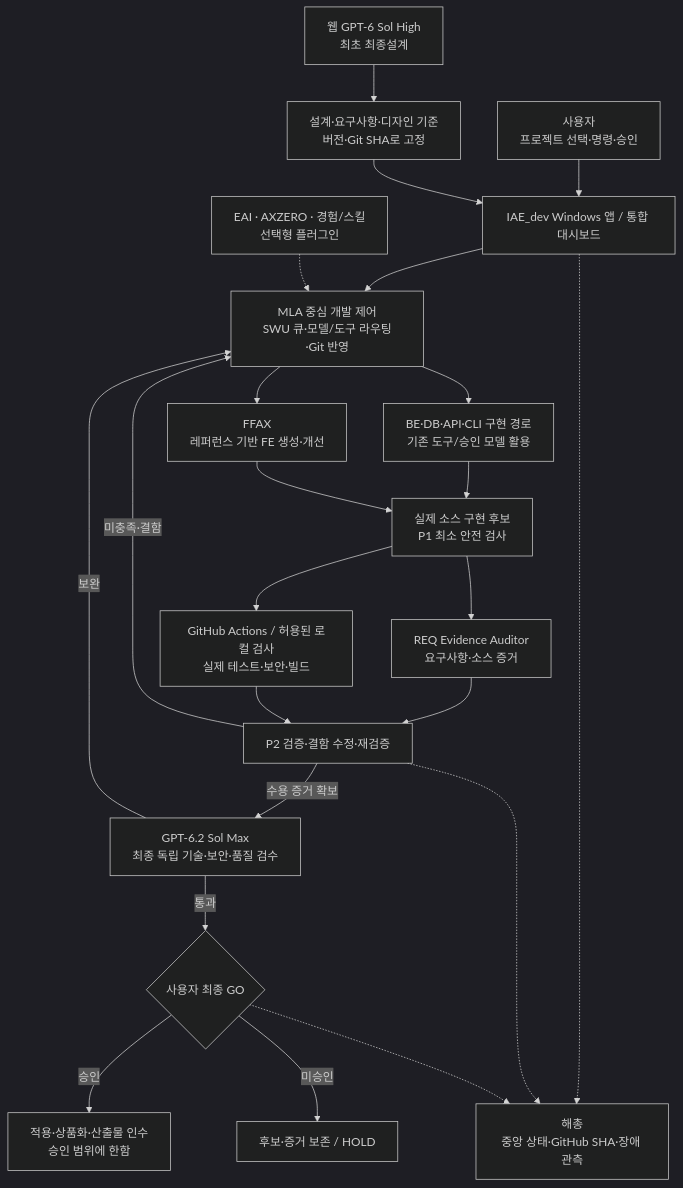
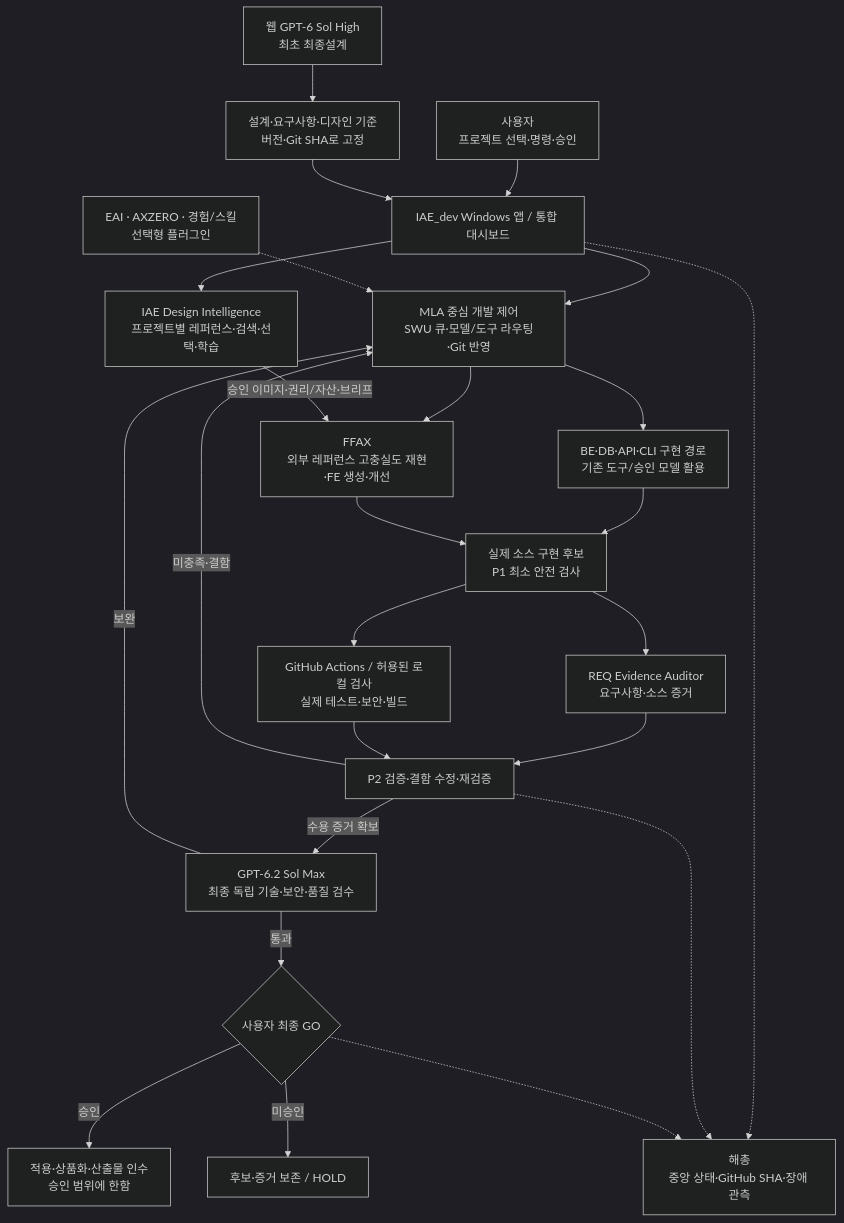
Before and after one commit to hibi89/hackathon-command-center-2026: the second of 6 diagrams in docs/strategy/IAE_DEV_FIRST_WORK_ECOSYSTEM_TARGET_20261119.md, drawn with Mermaid (dark theme). The commit also changed other lines of this file, not shown here.

Commit message:
docs(iae-dev): add reference-first design intelligence and evidence-bounded fidelity target

````diff
--- a/docs/strategy/IAE_DEV_FIRST_WORK_ECOSYSTEM_TARGET_20261119.md
+++ b/docs/strategy/IAE_DEV_FIRST_WORK_ECOSYSTEM_TARGET_20261119.md
@@ -35,25 +35,27 @@
 ```mermaid
 flowchart TD
   USER["사용자<br/>프로젝트 선택·명령·승인"] --> UI["IAE_dev Windows 앱 / 통합 대시보드"]
   HIGH["웹 GPT-6 Sol High<br/>최초 최종설계"] --> SPEC["설계·요구사항·디자인 기준<br/>버전·Git SHA로 고정"]
   SPEC --> UI
   UI --> CTRL["MLA 중심 개발 제어<br/>SWU 큐·모델/도구 라우팅·Git 반영"]
   CTRL --> BE["BE·DB·API·CLI 구현 경로<br/>기존 도구/승인 모델 활용"]
-  CTRL --> FFAX["FFAX<br/>레퍼런스 기반 FE 생성·개선"]
+  CTRL --> FFAX["FFAX<br/>외부 레퍼런스 고충실도 재현·FE 생성·개선"]
+  UI --> DI["IAE Design Intelligence<br/>프로젝트별 레퍼런스·검색·선택·학습"]
+  DI -->|승인 이미지·권리/자산·브리프| FFAX
   OPT["EAI · AXZERO · 경험/스킬<br/>선택형 플러그인"] -.-> CTRL
   BE --> CAND["실제 소스 구현 후보<br/>P1 최소 안전 검사"]
   FFAX --> CAND
   CAND --> REQ["REQ Evidence Auditor<br/>요구사항·소스 증거"]
   CAND --> CI["GitHub Actions / 허용된 로컬 검사<br/>실제 테스트·보안·빌드"]
   REQ --> P2["P2 검증·결함 수정·재검증"]
   CI --> P2
   P2 -->|미충족·결함| CTRL
   P2 -->|수용 증거 확보| MAX["GPT-6.2 Sol Max<br/>최종 독립 기술·보안·품질 검수"]
   MAX -->|보완| CTRL
   MAX -->|통과| GO{"사용자 최종 GO"}
   GO -->|승인| DELIVERY["적용·상품화·산출물 인수<br/>승인 범위에 한함"]
   GO -->|미승인| HOLD["후보·증거 보존 / HOLD"]
   UI -.-> HUB["해총<br/>중앙 상태·GitHub SHA·장애 관측"]
   P2 -.-> HUB
   GO -.-> HUB
 ```
````
